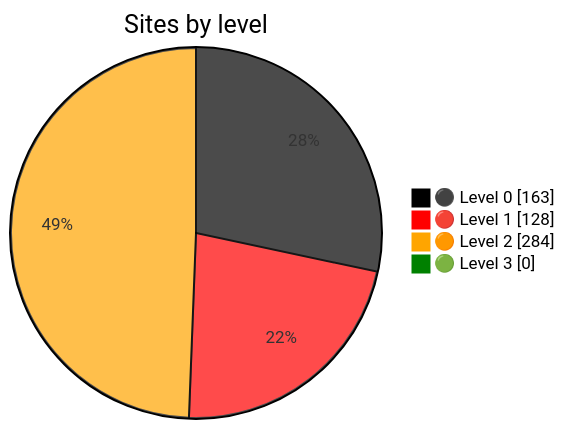
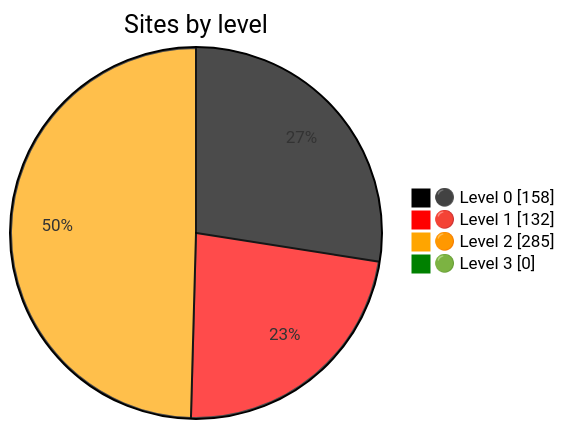
Before and after one commit to nuuuwan/gov_lk_web_auditor: the diagram in README.md, drawn with Mermaid. The commit also changed other lines of this file and 2591 other files, not shown here.

````diff
--- a/README.md
+++ b/README.md
@@ -24,9 +24,9 @@
 ```mermaid
 %%{init: {"themeVariables":{"pie1":"black","pie2":"red","pie3":"orange","pie4":"green"}}}%%
 pie showData
     title Sites by level
-    "⚫ Level 0" : 163
-    "🔴 Level 1" : 128
-    "🟠 Level 2" : 284
+    "⚫ Level 0" : 158
+    "🔴 Level 1" : 132
+    "🟠 Level 2" : 285
     "🟢 Level 3" : 0
 ```
````
